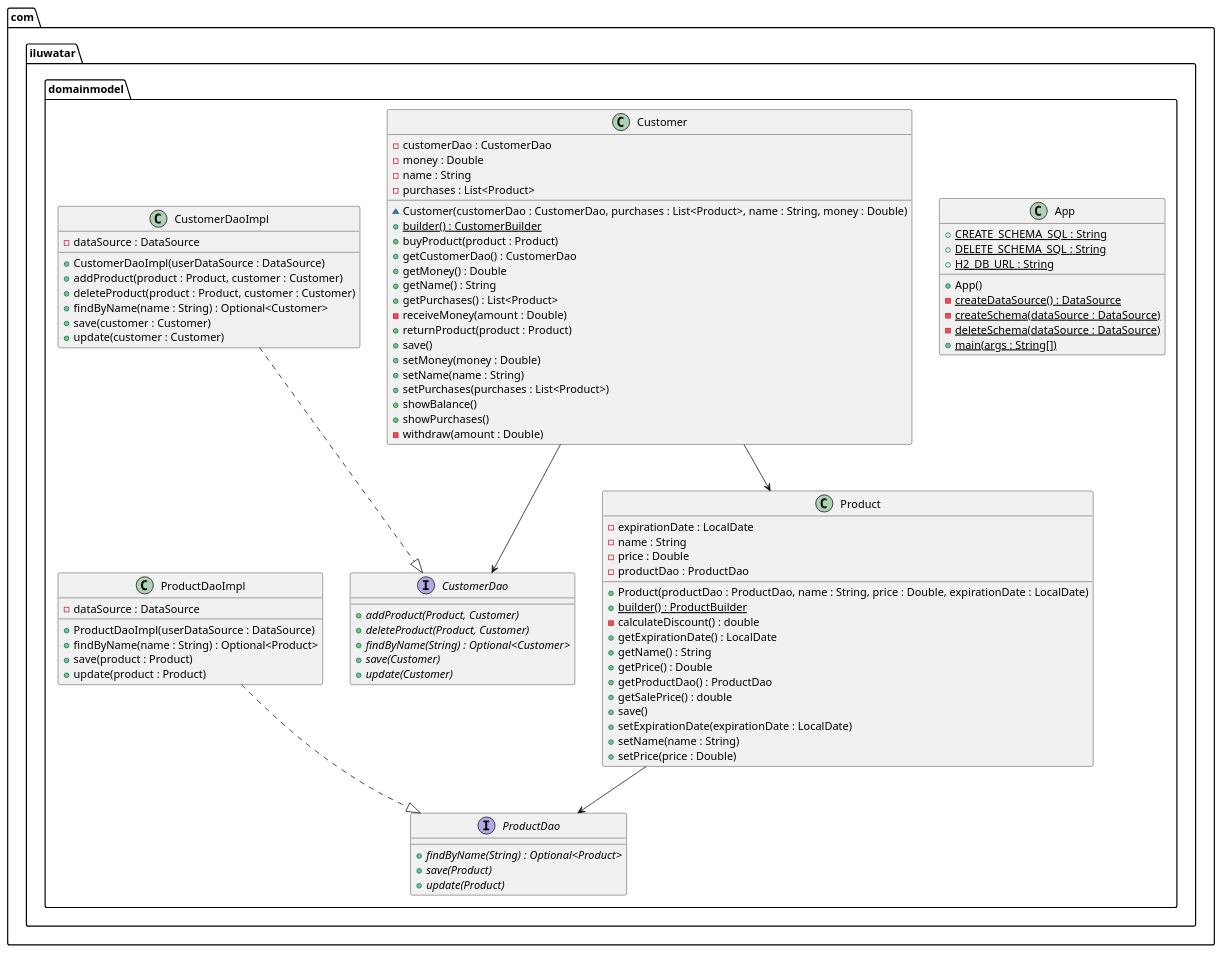
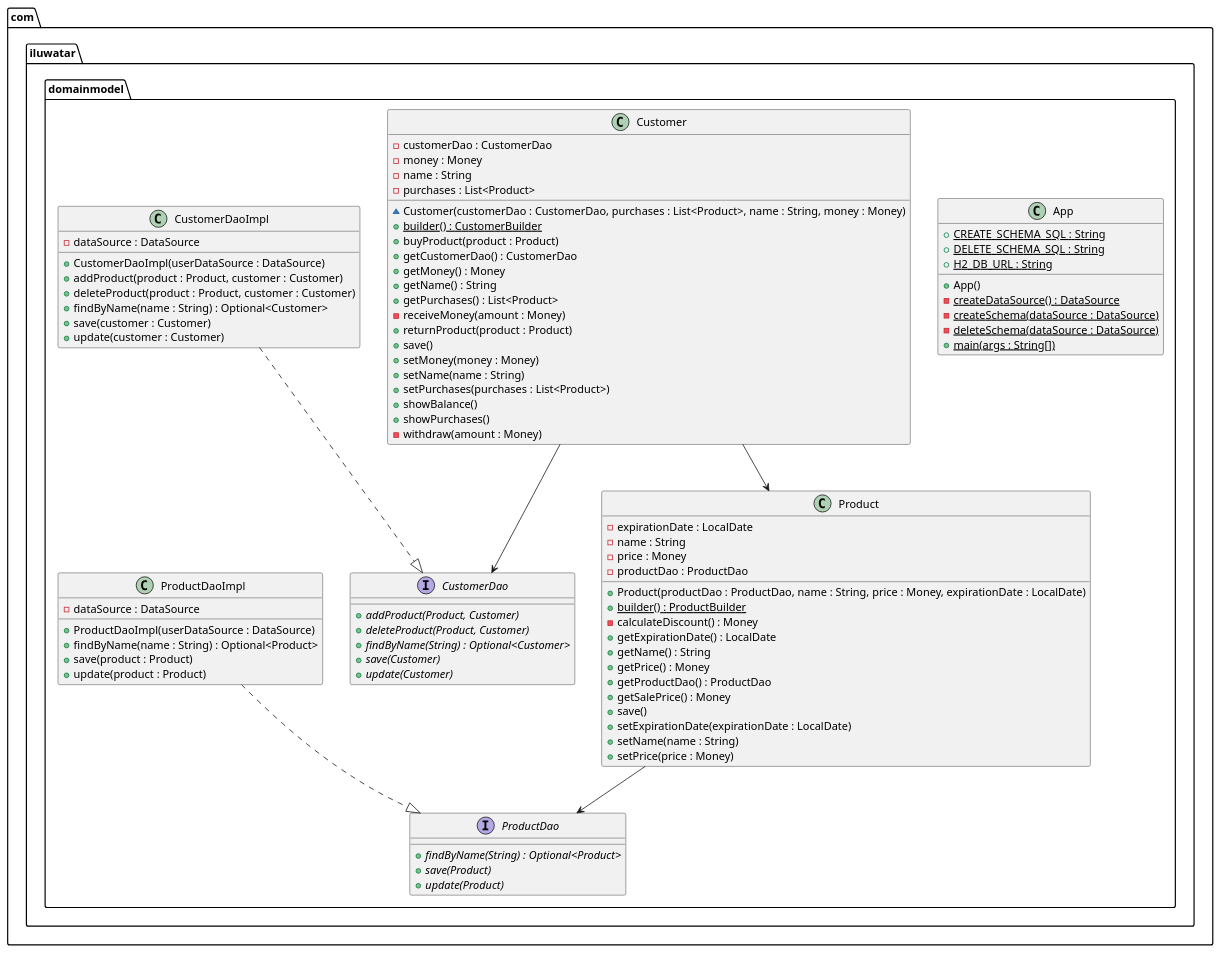
Before and after one commit to iluwatar/java-design-patterns: the diagram in domain-model/etc/domain-model.urm.puml, drawn with PlantUML. The commit also changed 2 other files, not shown here.

Commit message:
updated readme and diagrams

```diff
--- a/domain-model/etc/domain-model.urm.puml
+++ b/domain-model/etc/domain-model.urm.puml
@@ -1,87 +1,87 @@
 @startuml
 package com.iluwatar.domainmodel {
   class App {
     + CREATE_SCHEMA_SQL : String {static}
     + DELETE_SCHEMA_SQL : String {static}
     + H2_DB_URL : String {static}
     + App()
     - createDataSource() : DataSource {static}
     - createSchema(dataSource : DataSource) {static}
     - deleteSchema(dataSource : DataSource) {static}
     + main(args : String[]) {static}
   }
   class Customer {
     - customerDao : CustomerDao
-    - money : Double
+    - money : Money
     - name : String
     - purchases : List<Product>
-    ~ Customer(customerDao : CustomerDao, purchases : List<Product>, name : String, money : Double)
+    ~ Customer(customerDao : CustomerDao, purchases : List<Product>, name : String, money : Money)
     + builder() : CustomerBuilder {static}
     + buyProduct(product : Product)
     + getCustomerDao() : CustomerDao
-    + getMoney() : Double
+    + getMoney() : Money
     + getName() : String
     + getPurchases() : List<Product>
-    - receiveMoney(amount : Double)
+    - receiveMoney(amount : Money)
     + returnProduct(product : Product)
     + save()
-    + setMoney(money : Double)
+    + setMoney(money : Money)
     + setName(name : String)
     + setPurchases(purchases : List<Product>)
     + showBalance()
     + showPurchases()
-    - withdraw(amount : Double)
+    - withdraw(amount : Money)
   }
   interface CustomerDao {
     + addProduct(Product, Customer) {abstract}
     + deleteProduct(Product, Customer) {abstract}
     + findByName(String) : Optional<Customer> {abstract}
     + save(Customer) {abstract}
     + update(Customer) {abstract}
   }
   class CustomerDaoImpl {
     - dataSource : DataSource
     + CustomerDaoImpl(userDataSource : DataSource)
     + addProduct(product : Product, customer : Customer)
     + deleteProduct(product : Product, customer : Customer)
     + findByName(name : String) : Optional<Customer>
     + save(customer : Customer)
     + update(customer : Customer)
   }
   class Product {
     - expirationDate : LocalDate
     - name : String
-    - price : Double
+    - price : Money
     - productDao : ProductDao
-    + Product(productDao : ProductDao, name : String, price : Double, expirationDate : LocalDate)
+    + Product(productDao : ProductDao, name : String, price : Money, expirationDate : LocalDate)
     + builder() : ProductBuilder {static}
-    - calculateDiscount() : double
+    - calculateDiscount() : Money
     + getExpirationDate() : LocalDate
     + getName() : String
-    + getPrice() : Double
+    + getPrice() : Money
     + getProductDao() : ProductDao
-    + getSalePrice() : double
+    + getSalePrice() : Money
     + save()
     + setExpirationDate(expirationDate : LocalDate)
     + setName(name : String)
-    + setPrice(price : Double)
+    + setPrice(price : Money)
   }
   interface ProductDao {
     + findByName(String) : Optional<Product> {abstract}
     + save(Product) {abstract}
     + update(Product) {abstract}
   }
   class ProductDaoImpl {
     - dataSource : DataSource
     + ProductDaoImpl(userDataSource : DataSource)
     + findByName(name : String) : Optional<Product>
     + save(product : Product)
     + update(product : Product)
   }
 }
 Product -->  ProductDao
 Customer -->  CustomerDao
 Customer -->  Product
 CustomerDaoImpl ..|> CustomerDao 
 ProductDaoImpl ..|> ProductDao 
 @enduml
```
